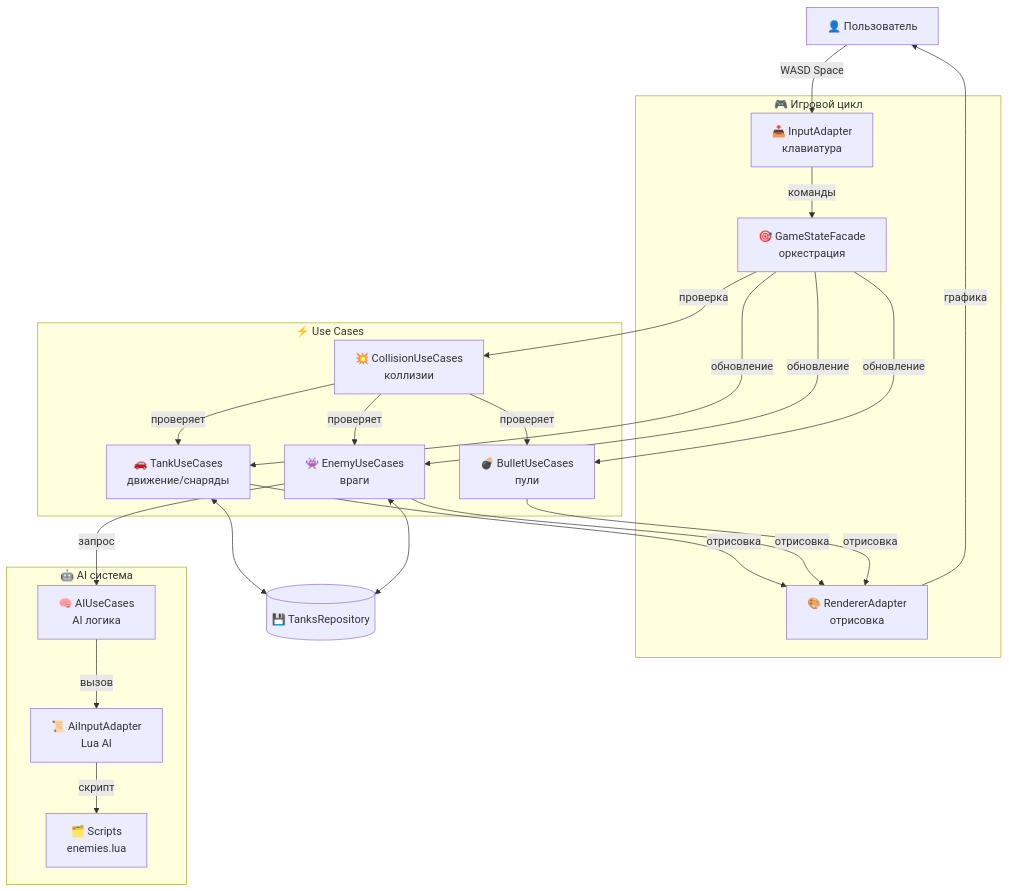
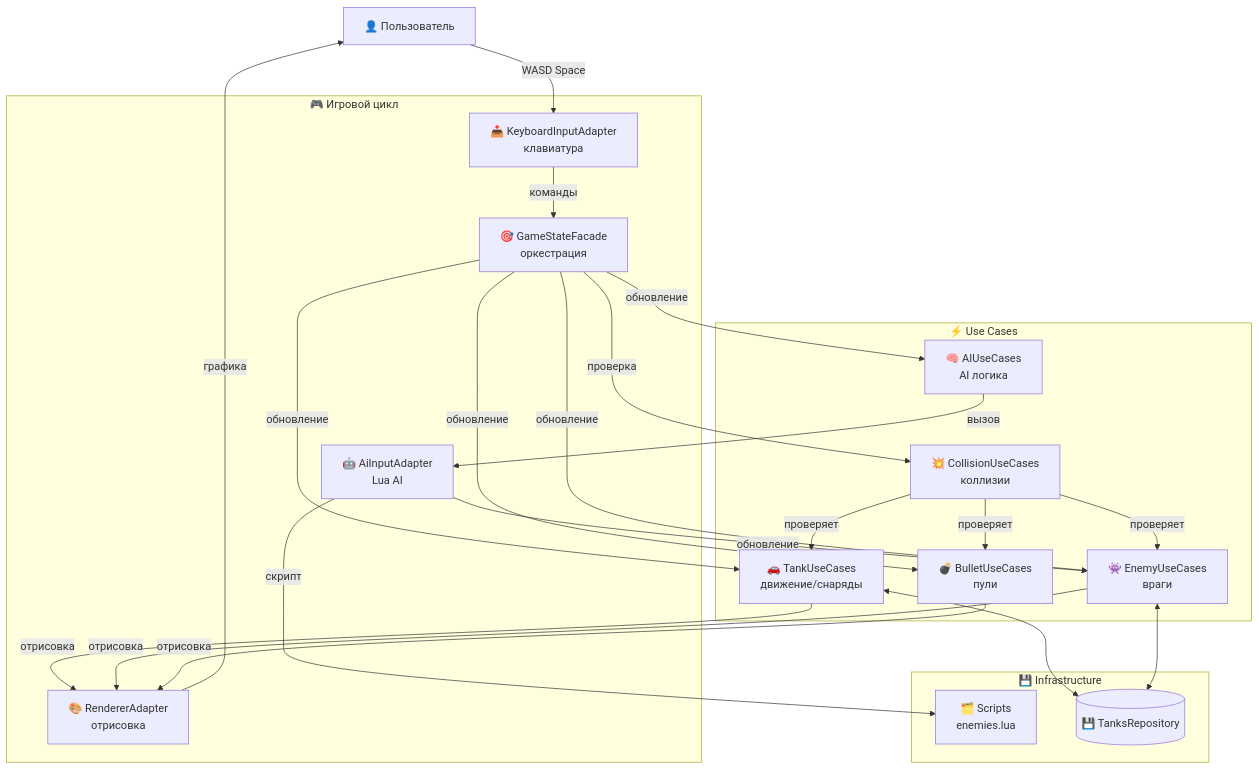
One commit to shpaker/tnk9x changed the second of 3 diagrams in README.md. Above: the diagram before and after it, drawn with Mermaid. The commit also changed other lines of this file, not shown here.

````diff
--- a/README.md
+++ b/README.md
@@ -149,44 +146,44 @@
 ```mermaid
 flowchart TB
     User[👤 Пользователь]
     
     subgraph "🎮 Игровой цикл"
-        Input[📥 InputAdapter<br/>клавиатура]
+        KeyboardInput[📥 KeyboardInputAdapter<br/>клавиатура]
+        AiInput[🤖 AiInputAdapter<br/>Lua AI]
         Facade[🎯 GameStateFacade<br/>оркестрация]
         Render[🎨 RendererAdapter<br/>отрисовка]
     end
     
     subgraph "⚡ Use Cases"
         Tank[🚗 TankUseCases<br/>движение/снаряды]
         Enemy[👾 EnemyUseCases<br/>враги]
         Bullet[💣 BulletUseCases<br/>пули]
         Collision[💥 CollisionUseCases<br/>коллизии]
+        AI[🧠 AIUseCases<br/>AI логика]
     end
     
-    subgraph "🤖 AI система"
-        AI[🧠 AIUseCases<br/>AI логика]
-        AiInput[📜 AiInputAdapter<br/>Lua AI]
+    subgraph "💾 Infrastructure"
         Lua[🗂️ Scripts<br/>enemies.lua]
+        TanksRepo[(💾 TanksRepository)]
     end
     
-    TanksRepo[(💾 TanksRepository)]
-    
-    User -->|WASD Space| Input
-    Input -->|команды| Facade
+    User -->|WASD Space| KeyboardInput
+    KeyboardInput -->|команды| Facade
+    AI -->|вызов| AiInput
+    AiInput -->|скрипт| Lua
+    AiInput -->|обновление| Enemy
     Facade -->|обновление| Tank
     Facade -->|обновление| Enemy
     Facade -->|обновление| Bullet
+    Facade -->|обновление| AI
     Facade -->|проверка| Collision
-    Enemy -->|запрос| AI
-    AI -->|вызов| AiInput
-    AiInput -->|скрипт| Lua
     Tank <--> TanksRepo
     Enemy <--> TanksRepo
     Collision -->|проверяет| Tank
     Collision -->|проверяет| Enemy
     Collision -->|проверяет| Bullet
     Tank -->|отрисовка| Render
     Enemy -->|отрисовка| Render
     Bullet -->|отрисовка| Render
     Render -->|графика| User
 ```
````
